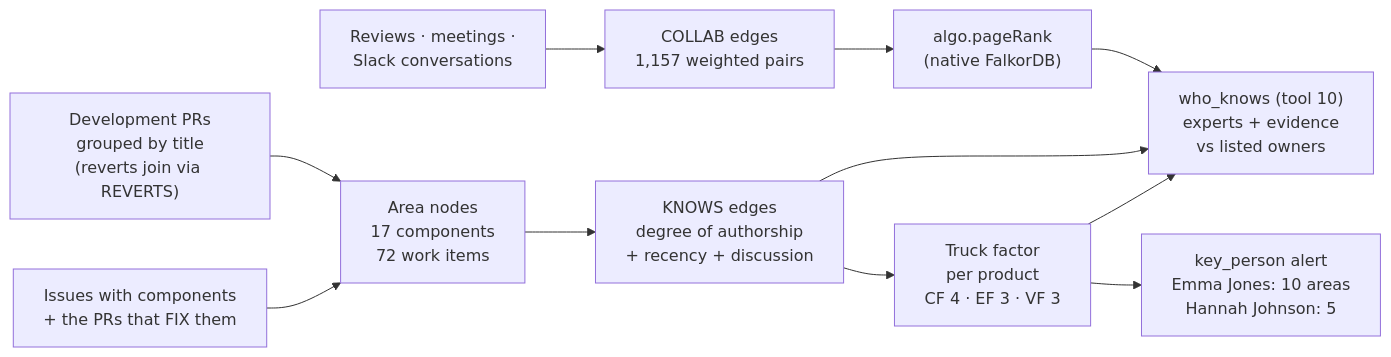
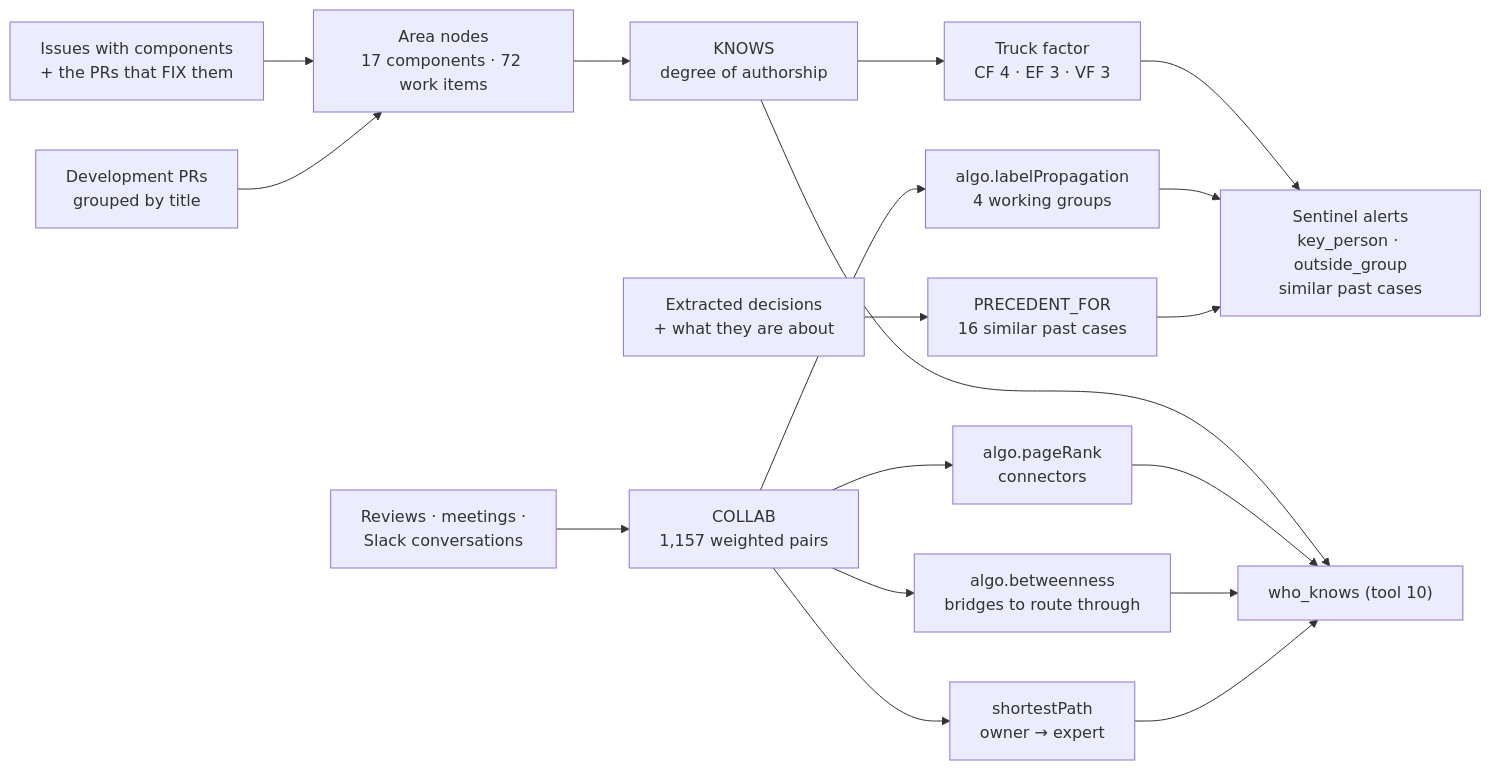
Before and after one commit to t-maypat/yaan: the diagram in docs/diagrams/expertise-pipeline.mmd, drawn with Mermaid. The commit also changed 3 other files, not shown here.

First line of the commit message:
Phase 10 (full): connectors route through bridges; guides 10/11 and diagram

```diff
--- a/docs/diagrams/expertise-pipeline.mmd
+++ b/docs/diagrams/expertise-pipeline.mmd
@@ -1,22 +1,34 @@
-%% Phase 10 (D059-D063): from work in the graph to "who knows this", the truck factor and the key-person alert. Read left to right.
+%% Phase 10 in full (D059-D066): from work in the graph to expertise, working groups, paths and precedents, and what each one feeds. Red boxes are FalkorDB's native algorithms. Read left to right.
 flowchart LR
   IS["Issues with components<br/>+ the PRs that FIX them"]:::store
-  PR["Development PRs<br/>grouped by title<br/>(reverts join via REVERTS)"]:::store
+  PR["Development PRs<br/>grouped by title"]:::store
   CO["Reviews · meetings ·<br/>Slack conversations"]:::store
-  AR["Area nodes<br/>17 components<br/>72 work items"]:::code
-  KN["KNOWS edges<br/>degree of authorship<br/>+ recency + discussion"]:::code
-  CB["COLLAB edges<br/>1,157 weighted pairs"]:::code
-  PG["algo.pageRank<br/>(native FalkorDB)"]:::guard
-  TF["Truck factor<br/>per product<br/>CF 4 · EF 3 · VF 3"]:::code
-  WK["who_knows (tool 10)<br/>experts + evidence<br/>vs listed owners"]:::ext
-  AL["key_person alert<br/>Emma Jones: 10 areas<br/>Hannah Johnson: 5"]:::guard
+  DE["Extracted decisions<br/>+ what they are about"]:::store
+  AR["Area nodes<br/>17 components · 72 work items"]:::code
+  KN["KNOWS<br/>degree of authorship"]:::code
+  CB["COLLAB<br/>1,157 weighted pairs"]:::code
+  PG["algo.pageRank<br/>connectors"]:::guard
+  BC["algo.betweenness<br/>bridges to route through"]:::guard
+  LP["algo.labelPropagation<br/>4 working groups"]:::guard
+  SP["shortestPath<br/>owner → expert"]:::guard
+  PF["PRECEDENT_FOR<br/>16 similar past cases"]:::code
+  TF["Truck factor<br/>CF 4 · EF 3 · VF 3"]:::code
+  WK["who_knows (tool 10)"]:::ext
+  AL["Sentinel alerts<br/>key_person · outside_group<br/>similar past cases"]:::guard
   IS --> AR
   PR --> AR
   AR --> KN
   CO --> CB
   CB --> PG
+  CB --> BC
+  CB --> LP
+  CB --> SP
+  DE --> PF
   KN --> TF
   KN --> WK
   PG --> WK
+  BC --> WK
+  SP --> WK
   TF --> AL
-  TF --> WK
+  LP --> AL
+  PF --> AL
```
